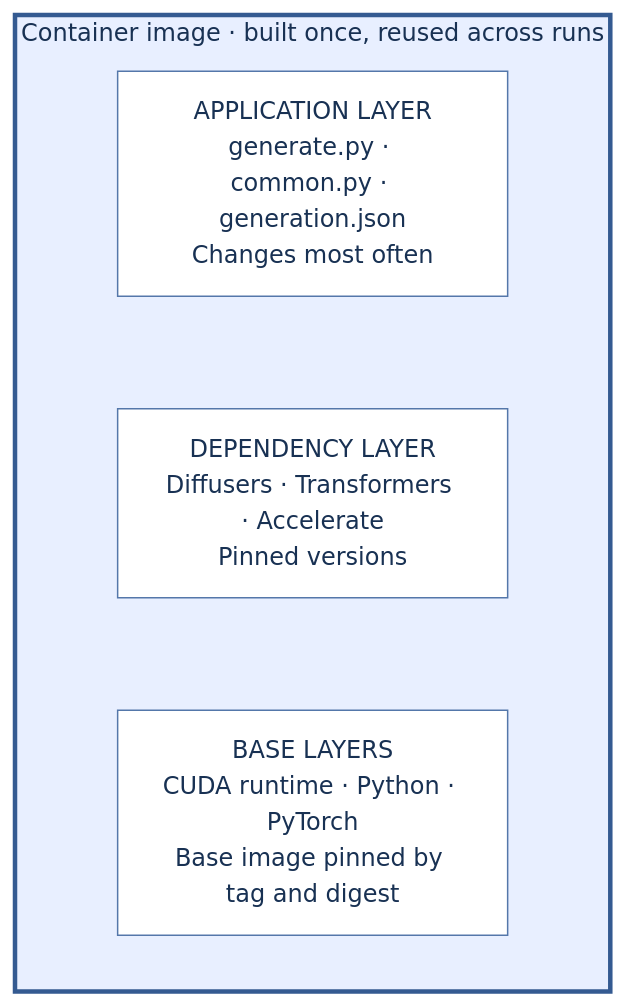
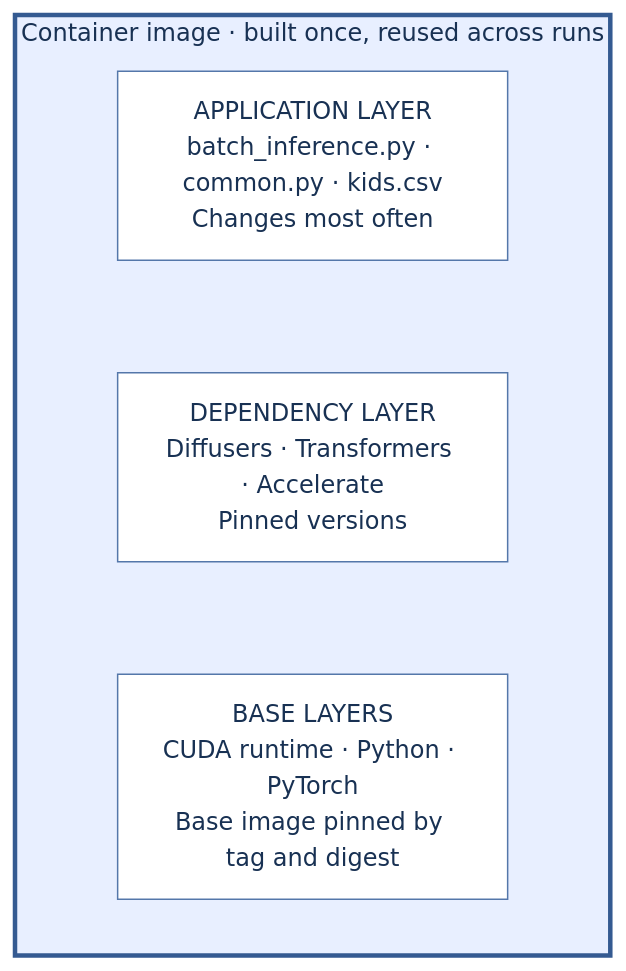
Before and after one commit to mnrozhkov/production-ai-agents-for-media-generation: the first of 2 diagrams in 01-consistent-media-generation-on-serverless-gpus/03-containers.md, drawn with Mermaid. The commit also changed other lines of this file and 14 other files, not shown here.

````diff
--- a/01-consistent-media-generation-on-serverless-gpus/03-containers.md
+++ b/01-consistent-media-generation-on-serverless-gpus/03-containers.md
@@ -56,14 +58,14 @@
 ```mermaid
 flowchart TB
     subgraph image["Container image · built once, reused across runs"]
         direction TB
-        code["APPLICATION LAYER<br/>generate.py · common.py · generation.json<br/>Changes most often"]
+        code["APPLICATION LAYER<br/>batch_inference.py · common.py · kids.csv<br/>Changes most often"]
         libs["DEPENDENCY LAYER<br/>Diffusers · Transformers · Accelerate<br/>Pinned versions"]
         base["BASE LAYERS<br/>CUDA runtime · Python · PyTorch<br/>Base image pinned by tag and digest"]
         code ~~~ libs ~~~ base
     end
 
     classDef layer fill:#ffffff,stroke:#5477aa,color:#183153
     class code,libs,base layer
     style image fill:#e8efff,stroke:#345a91,stroke-width:3px,color:#183153
 ```
````
